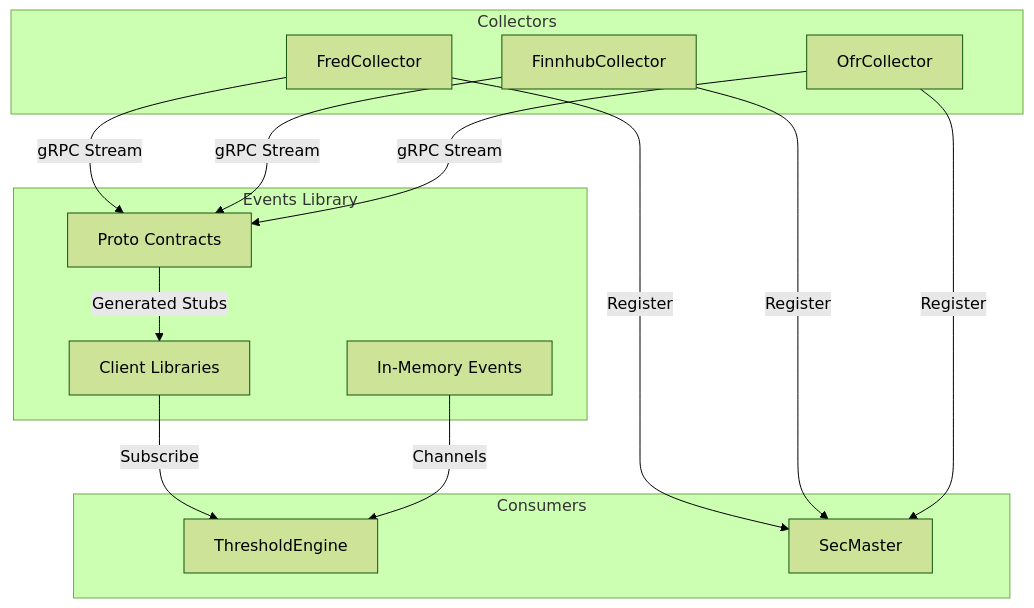
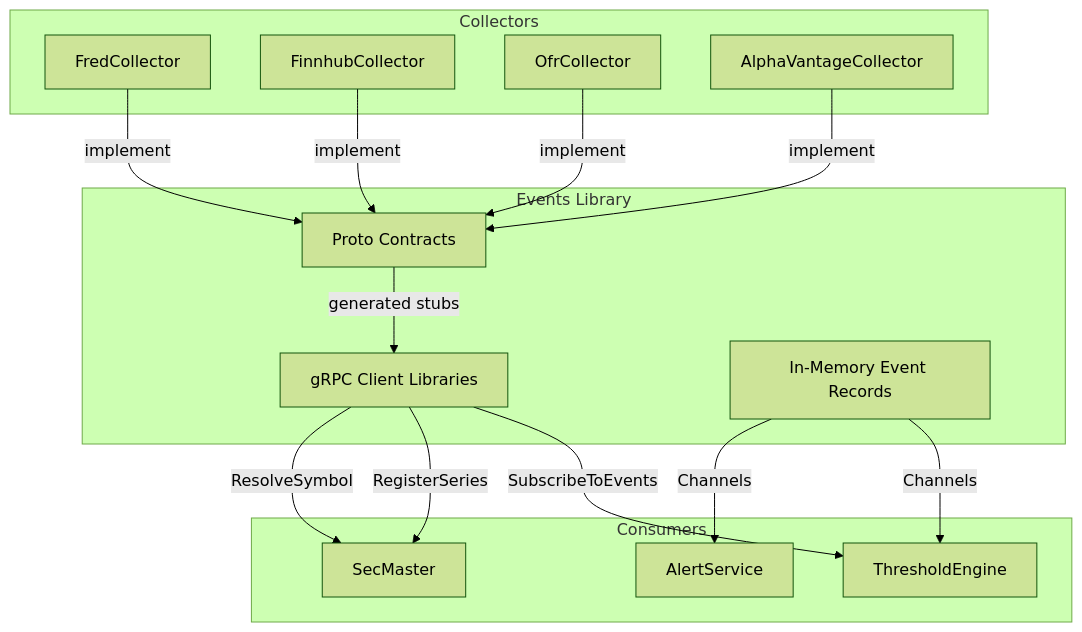
The diagram in Events/README.md (jpansarasa/ATLAS-Docs), drawn with Mermaid (forest theme) before and after one commit. The commit also changed other lines of this file and 17 other files, not shown here.

````diff
--- a/Events/README.md
+++ b/Events/README.md
@@ -11,25 +11,29 @@
 ```mermaid
 flowchart TD
     subgraph Collectors
         FC[FredCollector]
         FH[FinnhubCollector]
         OC[OfrCollector]
+        AV[AlphaVantageCollector]
     end
 
     subgraph Events Library
         P[Proto Contracts]
-        C[Client Libraries]
-        E[In-Memory Events]
+        C[gRPC Client Libraries]
+        E[In-Memory Event Records]
     end
 
     subgraph Consumers
         TE[ThresholdEngine]
         SM[SecMaster]
+        AS[AlertService]
     end
 
-    FC & FH & OC -->|gRPC Stream| P
-    P -->|Generated Stubs| C
-    C -->|Subscribe| TE
-    FC & FH & OC -->|Register| SM
+    FC & FH & OC & AV -->|implement| P
+    P -->|generated stubs| C
+    C -->|SubscribeToEvents| TE
+    C -->|RegisterSeries| SM
+    C -->|ResolveSymbol| SM
     E -->|Channels| TE
+    E -->|Channels| AS
 ```
````
